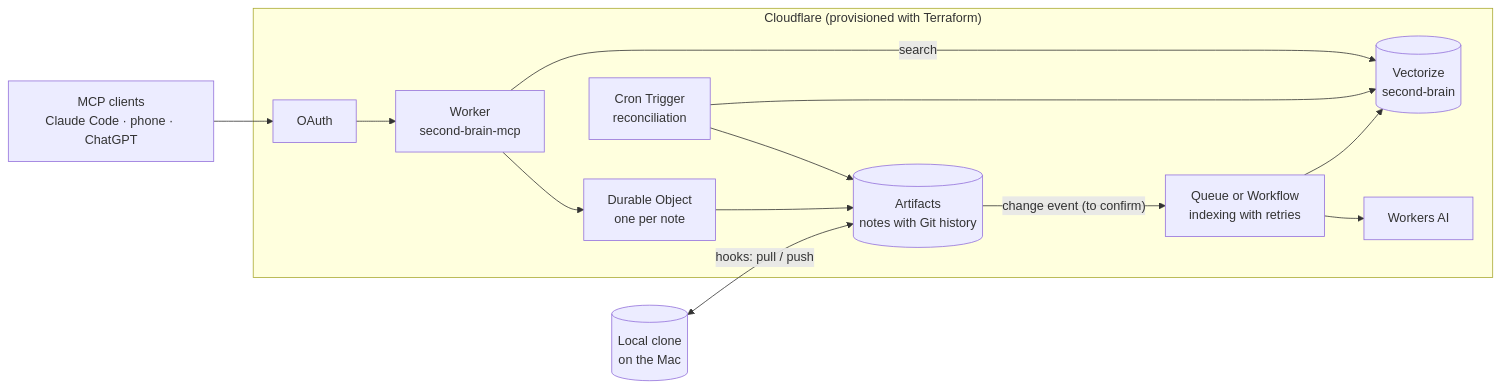
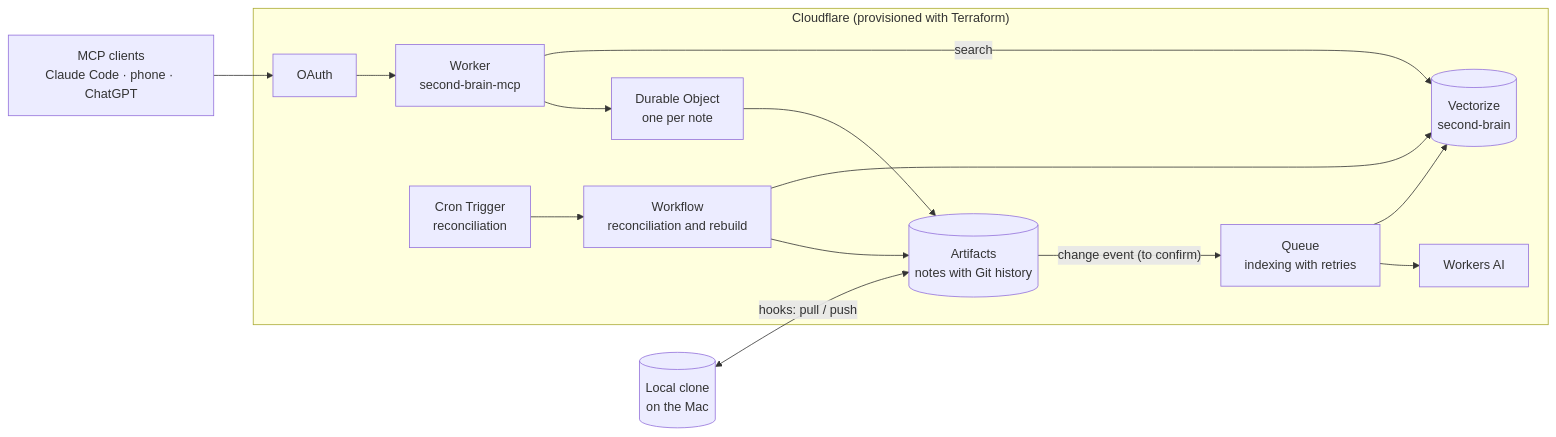
One commit to YudiG12/second-brain-mcp changed the diagram in docs/prd/v2.md. Above: the diagram before and after it, drawn with Mermaid. The commit also changed other lines of this file, not shown here.

Commit message:
PRD v2: Queues for indexing, a Workflow for reconciliation

````diff
--- a/docs/prd/v2.md
+++ b/docs/prd/v2.md
@@ -44,25 +44,27 @@
 ```mermaid
 flowchart LR
     clients["MCP clients<br/>Claude Code · phone · ChatGPT"]
     subgraph cf["Cloudflare (provisioned with Terraform)"]
         oauth["OAuth"]
         worker["Worker<br/>second-brain-mcp"]
         dobj["Durable Object<br/>one per note"]
         notes[("Artifacts<br/>notes with Git history")]
-        queue["Queue or Workflow<br/>indexing with retries"]
+        queue["Queue<br/>indexing with retries"]
+        wf["Workflow<br/>reconciliation and rebuild"]
         ai["Workers AI"]
         vec[("Vectorize<br/>second-brain")]
         cron["Cron Trigger<br/>reconciliation"]
     end
     mac[("Local clone<br/>on the Mac")]
 
     clients --> oauth --> worker
     worker --> dobj --> notes
     worker -- "search" --> vec
     notes -- "change event (to confirm)" --> queue
     queue --> ai
     queue --> vec
-    cron --> notes
-    cron --> vec
+    cron --> wf
+    wf --> notes
+    wf --> vec
     mac <-- "hooks: pull / push" --> notes
 ```
````
